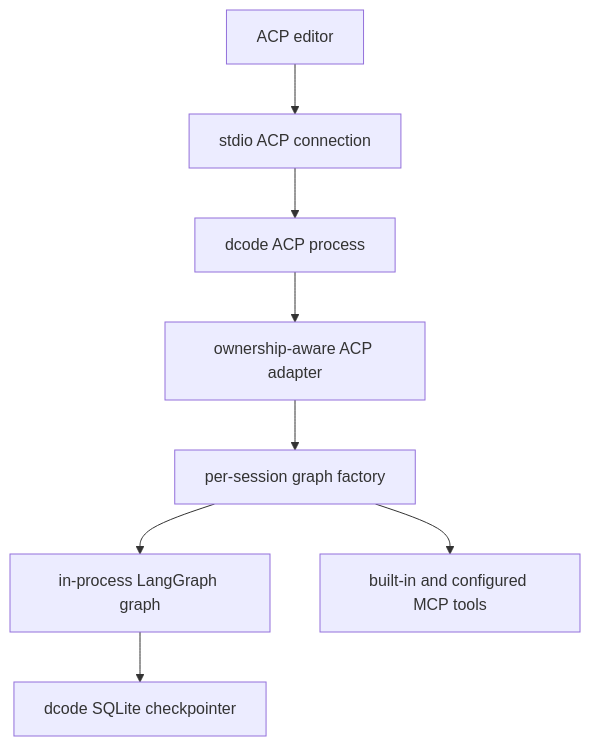
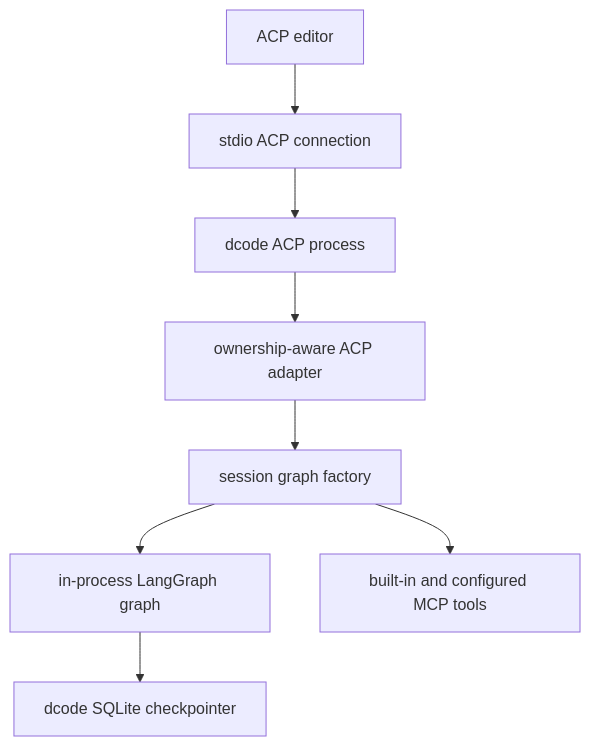
The first of 3 diagrams in openwiki/integrations/acp.md (langchain-ai/deepagents), drawn with Mermaid before and after one commit. The commit also changed other lines of this file and 22 other files, not shown here.

````diff
--- a/openwiki/integrations/acp.md
+++ b/openwiki/integrations/acp.md
@@ -41,10 +45,10 @@
 ```mermaid
 flowchart TD
     Editor["ACP editor"] --> Transport["stdio ACP connection"]
     Transport --> Dcode["dcode ACP process"]
     Dcode --> Adapter["ownership-aware ACP adapter"]
-    Adapter --> Factory["per-session graph factory"]
+    Adapter --> Factory["session graph factory"]
     Factory --> Graph["in-process LangGraph graph"]
     Graph --> Saver["dcode SQLite checkpointer"]
     Factory --> Tools["built-in and configured MCP tools"]
 ```
````
